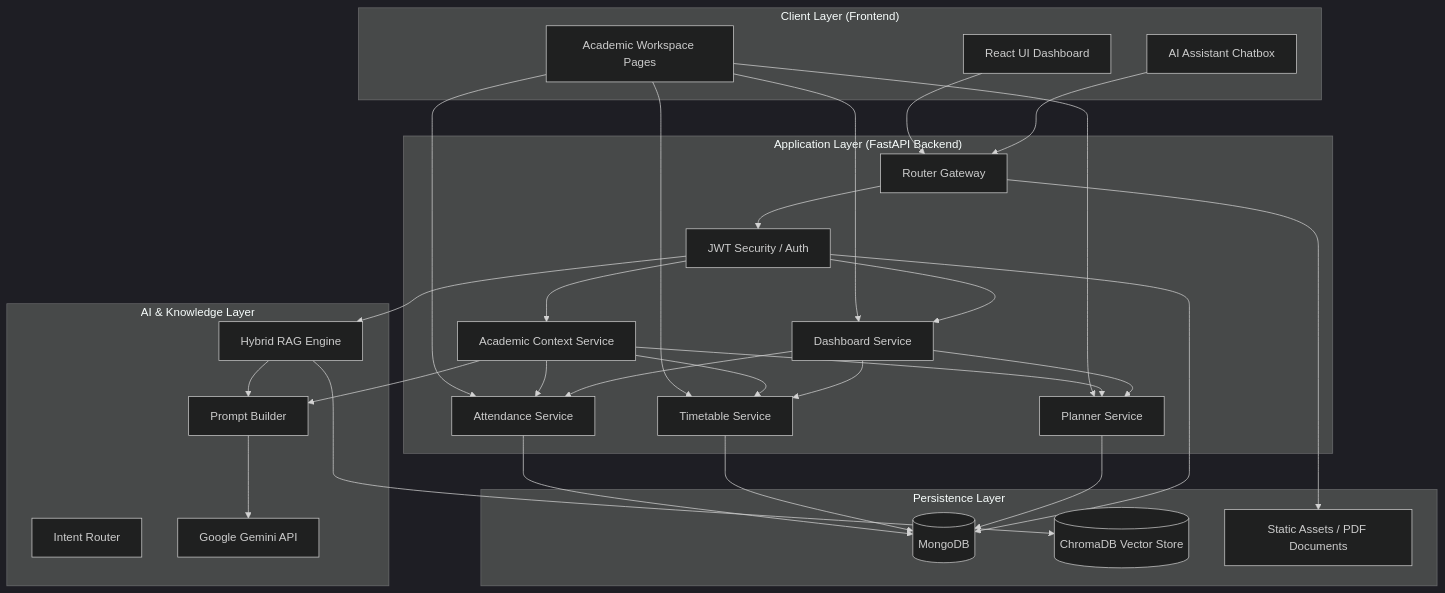
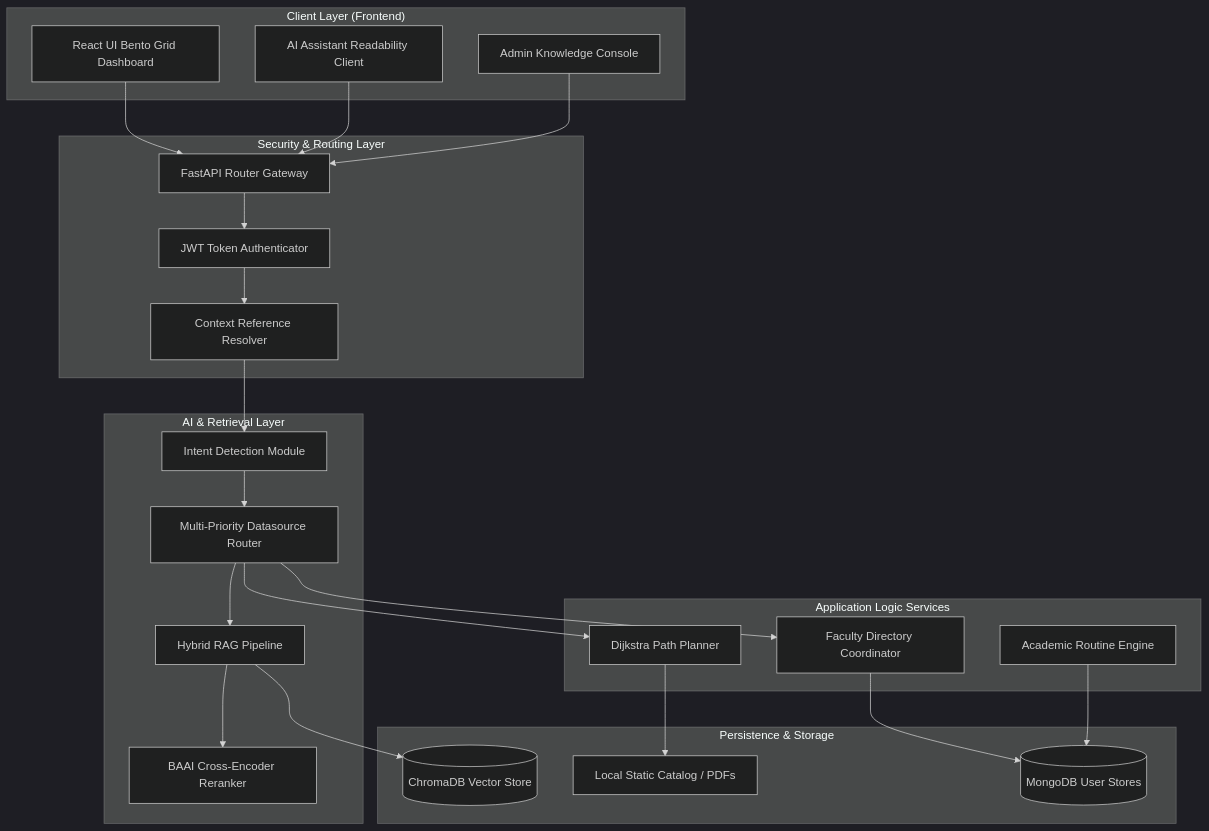
The first of 6 diagrams in README.md (Anugrahbhuinya/BITAtlas), drawn with Mermaid (dark theme) before and after one commit. The commit also changed other lines of this file and 78 other files, not shown here.

````diff
--- a/README.md
+++ b/README.md
@@ -58,65 +70,52 @@
 ```mermaid
 graph TB
     subgraph ClientLayer ["Client Layer (Frontend)"]
-        FE["React UI Dashboard"]
-        AC["Academic Workspace Pages"]
-        Chat["AI Assistant Chatbox"]
+        FE["React UI Bento Grid Dashboard"]
+        Chat["AI Assistant Readability Client"]
+        Admin["Admin Knowledge Console"]
     end
 
-    subgraph AppLayer ["Application Layer (FastAPI Backend)"]
-        API["Router Gateway"]
-        Auth["JWT Security / Auth"]
-        AS["Attendance Service"]
-        TS["Timetable Service"]
-        PS["Planner Service"]
-        DS["Dashboard Service"]
-        ACS["Academic Context Service"]
+    subgraph SecurityLayer ["Security & Routing Layer"]
+        Gateway["FastAPI Router Gateway"]
+        Auth["JWT Token Authenticator"]
+        Resolver["Context Reference Resolver"]
     end
 
-    subgraph AiLayer ["AI & Knowledge Layer"]
-        IR["Intent Router"]
-        PB["Prompt Builder"]
-        RAG["Hybrid RAG Engine"]
-        Gemini["Google Gemini API"]
+    subgraph AppServices ["Application Logic Services"]
+        FacultyService["Faculty Directory Coordinator"]
+        MapService["Dijkstra Path Planner"]
+        AcademicsService["Academic Routine Engine"]
     end
 
-    subgraph PersistLayer ["Persistence Layer"]
-        DB[("MongoDB")]
-        VDB[("ChromaDB Vector Store")]
-        FS["Static Assets / PDF Documents"]
+    subgraph AiRAG ["AI & Retrieval Layer"]
+        IntentRouter["Intent Detection Module"]
+        Router["Multi-Priority Datasource Router"]
+        RAGEngine["Hybrid RAG Pipeline"]
+        CrossEncoder["BAAI Cross-Encoder Reranker"]
     end
 
-    FE --> API
-    Chat --> API
-    API --> Auth
+    subgraph Persistence ["Persistence & Storage"]
+        MongoDB[("MongoDB User Stores")]
+        Chroma[("ChromaDB Vector Store")]
+        Assets["Local Static Catalog / PDFs"]
+    end
 
-    AC --> AS
-    AC --> TS
-    AC --> PS
-    AC --> DS
-
-    Auth --> DS
-    Auth --> ACS
-    Auth --> RAG
-
-    ACS --> AS
-    ACS --> TS
-    ACS --> PS
+    FE --> Gateway
+    Chat --> Gateway
+    Admin --> Gateway
+    Gateway --> Auth
+    Auth --> Resolver
+    Resolver --> IntentRouter
     
-    DS --> AS
-    DS --> TS
-    DS --> PS
+    IntentRouter --> Router
+    Router --> FacultyService
+    Router --> MapService
+    Router --> RAGEngine
     
-    RAG --> VDB
-    ACS --> PB
-    RAG --> PB
+    RAGEngine --> Chroma
+    RAGEngine --> CrossEncoder
     
-    PB --> Gemini
-    
-    AS --> DB
-    TS --> DB
-    PS --> DB
-    Auth --> DB
-
-    API --> FS
+    FacultyService --> MongoDB
+    AcademicsService --> MongoDB
+    MapService --> Assets
 ```
````
